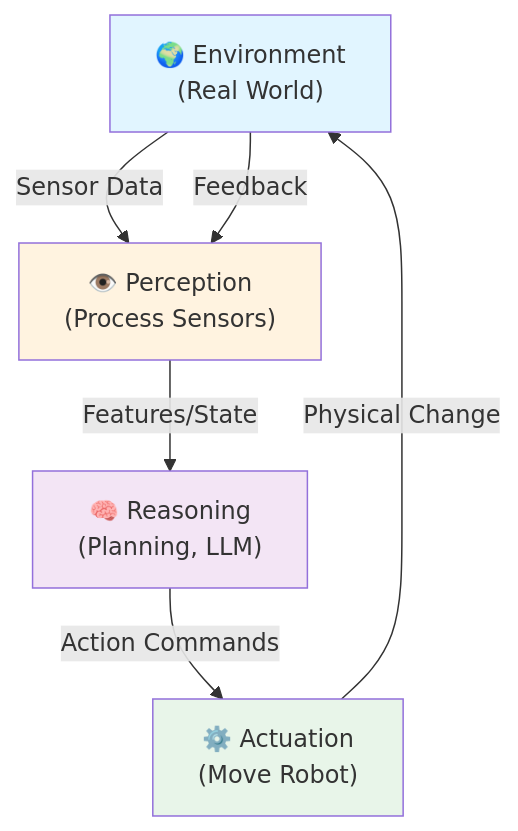
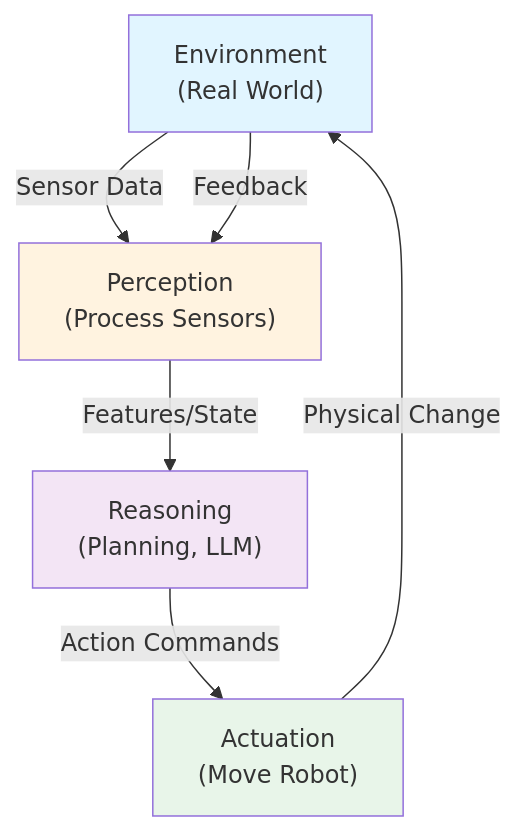
Before and after one commit to Danishhshahid/Physical-AI-Humanoid-Robotics-Book: the diagram in docs/chapters/ch1-intro.mdx, drawn with Mermaid. The commit also changed other lines of this file and 45 other files, not shown here.

````diff
--- a/docs/chapters/ch1-intro.mdx
+++ b/docs/chapters/ch1-intro.mdx
@@ -61,12 +72,12 @@
 ```mermaid
 graph TD
-    A["🌍 Environment<br/>(Real World)"] -->|Sensor Data| B["👁️ Perception<br/>(Process Sensors)"]
-    B -->|Features/State| C["🧠 Reasoning<br/>(Planning, LLM)"]
-    C -->|Action Commands| D["⚙️ Actuation<br/>(Move Robot)"]
+    A["Environment<br/>(Real World)"] -->|Sensor Data| B["Perception<br/>(Process Sensors)"]
+    B -->|Features/State| C["Reasoning<br/>(Planning, LLM)"]
+    C -->|Action Commands| D["Actuation<br/>(Move Robot)"]
     D -->|Physical Change| A
     A -->|Feedback| B
     style A fill:#e1f5ff
     style B fill:#fff3e0
     style C fill:#f3e5f5
     style D fill:#e8f5e9
 ```
````
